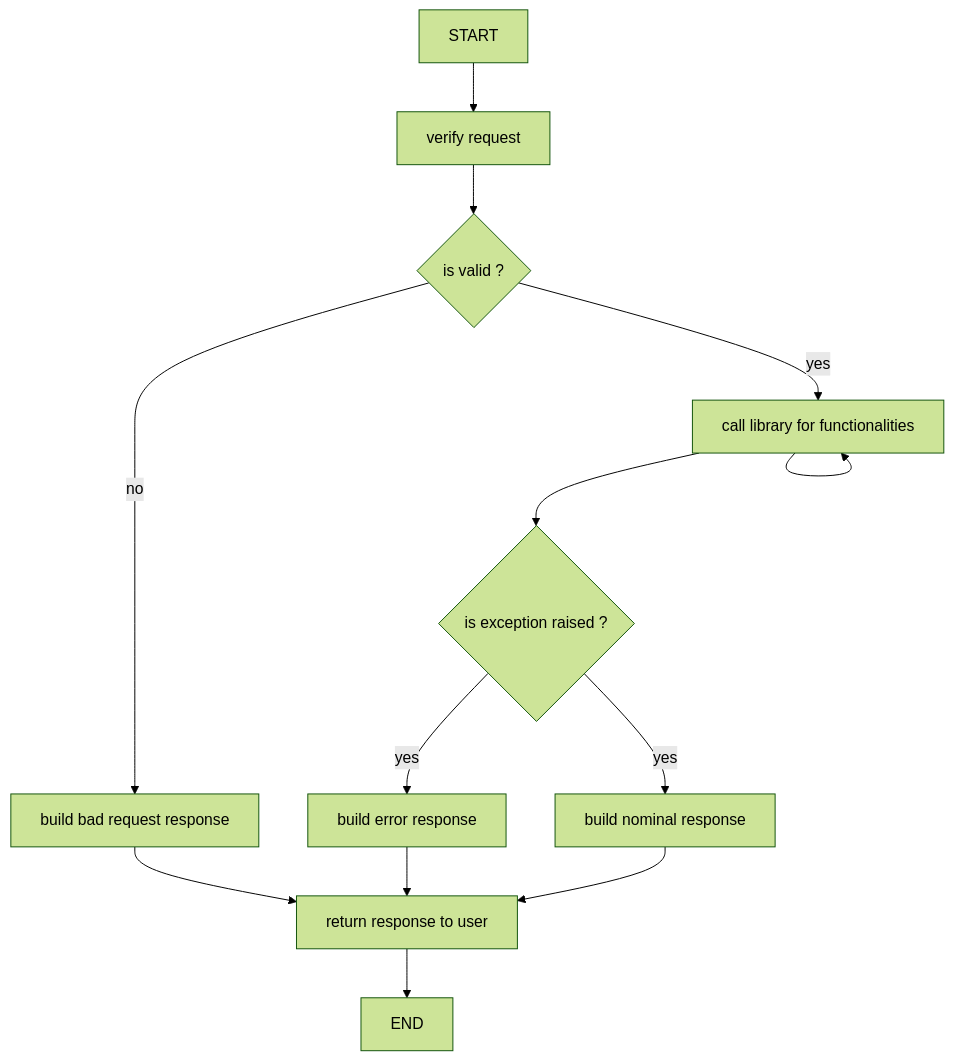
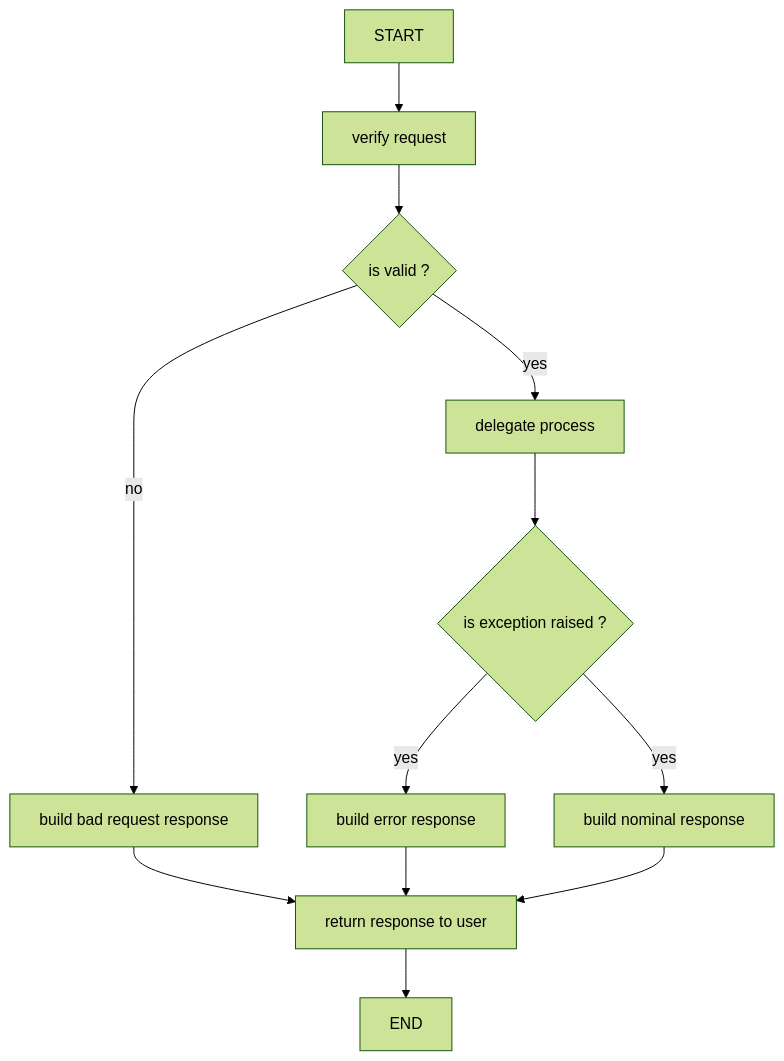
One commit to RS-PYTHON/rs-server changed the diagram in docs/dev/design/services/api/activity.mmd. Above: the diagram before and after it, drawn with Mermaid (forest theme). The commit also changed 10 other files, not shown here.

```diff
--- a/docs/dev/design/services/api/activity.mmd
+++ b/docs/dev/design/services/api/activity.mmd
@@ -1,21 +1,21 @@
 flowchart
 
     START
 
     verify[verify request]
     is-valid{is valid ?}
     bad-request[build bad request response]
-    call-lib[call library for functionalities]
+    process[delegate process]
     has-failed{is exception raised ?}
     error-response[build error response]
     nominal-response[build nominal response]
     return[return response to user]
 
     START --> verify --> is-valid
     is-valid -->|no| bad-request --> return
-    is-valid -->|yes| call-lib --> call-lib --> has-failed
+    is-valid -->|yes| process --> has-failed
 
     has-failed -->|yes| error-response --> return
     has-failed -->|yes| nominal-response --> return
 
     return --> END
```
